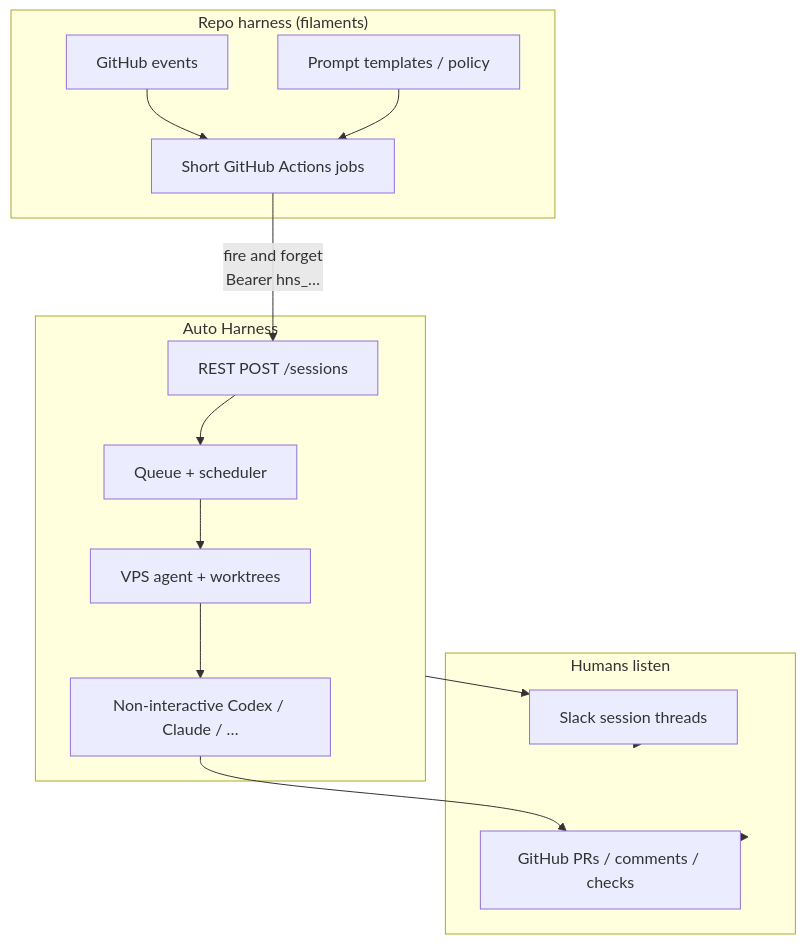
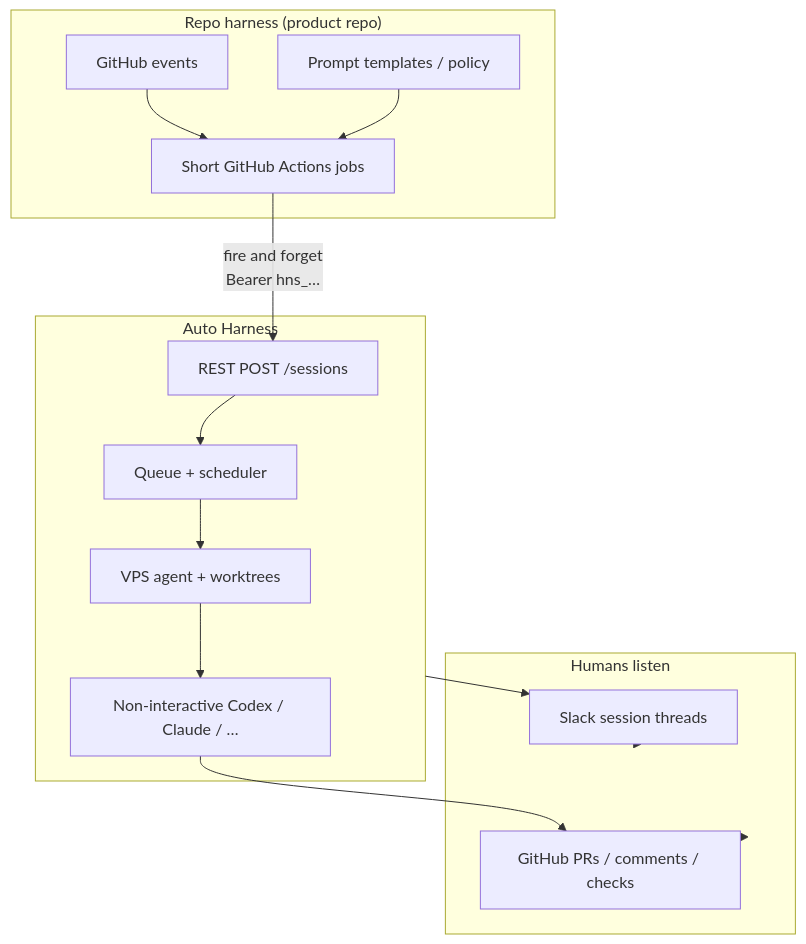
Before and after one commit to jonathanong/auto-harness: the first of 9 diagrams in docs/harness.md, drawn with Mermaid. The commit also changed other lines of this file and 4 other files, not shown here.

````diff
--- a/docs/harness.md
+++ b/docs/harness.md
@@ -54,29 +54,29 @@
 ```mermaid
 flowchart TB
-  subgraph Repo["Repo harness (filaments)"]
+  subgraph Repo["Repo harness (product repo)"]
     EV[GitHub events]
     GHA[Short GitHub Actions jobs]
     P[Prompt templates / policy]
     EV --> GHA
     P --> GHA
   end
 
   subgraph AH["Auto Harness"]
     API[REST POST /sessions]
     Q[Queue + scheduler]
     AG[VPS agent + worktrees]
     CLI[Non-interactive Codex / Claude / …]
     API --> Q --> AG --> CLI
   end
 
   subgraph Humans["Humans listen"]
     SL[Slack session threads]
     GH[GitHub PRs / comments / checks]
   end
 
   GHA -->|"fire and forget<br/>Bearer hns_…"| API
   AH --> SL
   CLI --> GH
   SL --> Humans
   GH --> Humans
 ```
````
